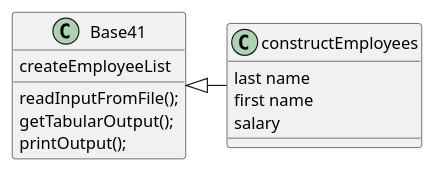
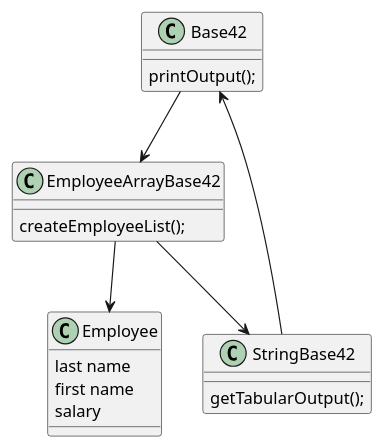
The diagram in src/main/java/ex42/base/EX42.puml (joshfeds/Federman-cop3330-assignment3), drawn with PlantUML before and after one commit. The commit also changed 41 other files, not shown here.

```diff
--- a/src/main/java/ex42/base/EX42.puml
+++ b/src/main/java/ex42/base/EX42.puml
@@ -1,19 +1,23 @@
 @startuml
 'https://plantuml.com/class-diagram
-
-class Base41{
-readInputFromFile();
-getTabularOutput();
+Base42 --> EmployeeArrayBase42
+EmployeeArrayBase42 --> Employee
+EmployeeArrayBase42 --> StringBase42
+StringBase42 --> Base42
+class Base42{
 printOutput();
-createEmployeeList
 }
-class constructEmployees{
+class Employee{
 last name
 first name
 salary
 }
-
-Base41<|- constructEmployees
+class EmployeeArrayBase42{
+createEmployeeList();
+}
+class StringBase42{
+getTabularOutput();
+}
 
 
 @enduml
```
